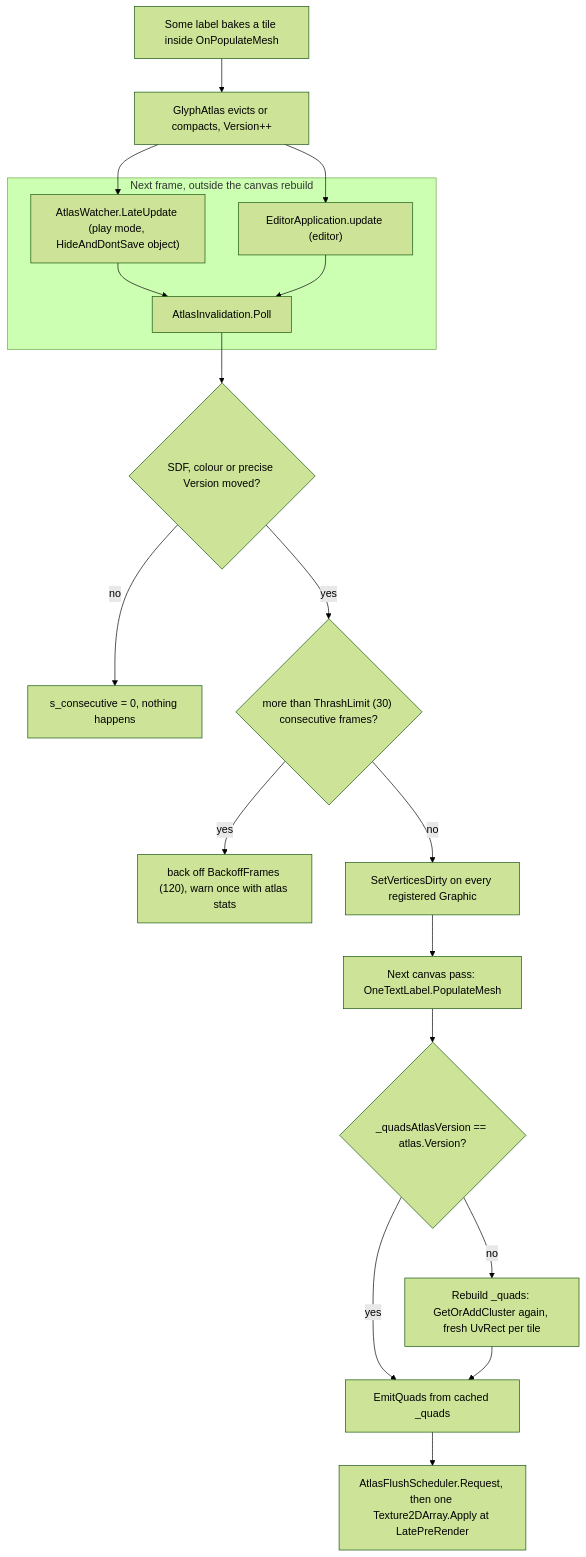
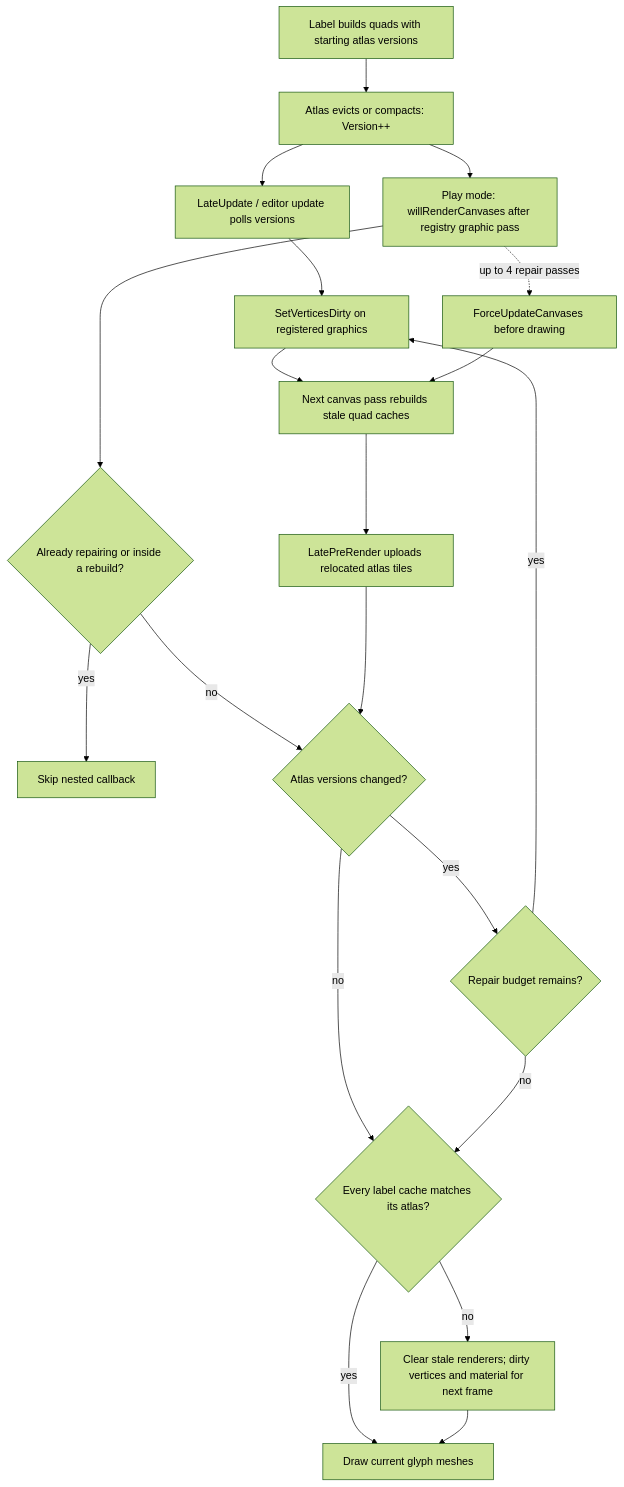
Before and after one commit to CodeOneLabs/OneText: the diagram in Documentation~/Runtime/UGUI/diagrams/atlas-invalidation.mmd, drawn with Mermaid (forest theme). The commit also changed 5 other files, not shown here.

Commit message:
Repair atlas UVs before canvas draw

```diff
--- a/Documentation~/Runtime/UGUI/diagrams/atlas-invalidation.mmd
+++ b/Documentation~/Runtime/UGUI/diagrams/atlas-invalidation.mmd
@@ -1,19 +1,20 @@
 flowchart TD
-    BAKE["Some label bakes a tile inside OnPopulateMesh"] --> EVICT["GlyphAtlas evicts or compacts, Version++"]
-    EVICT --> W1
-    EVICT --> W2
-    subgraph TICK["Next frame, outside the canvas rebuild"]
-        W1["AtlasWatcher.LateUpdate (play mode, HideAndDontSave object)"] --> POLL["AtlasInvalidation.Poll"]
-        W2["EditorApplication.update (editor)"] --> POLL
-    end
-    POLL --> CMP{"SDF, colour or precise Version moved?"}
-    CMP -- no --> RESET["s_consecutive = 0, nothing happens"]
-    CMP -- yes --> THRASH{"more than ThrashLimit (30) consecutive frames?"}
-    THRASH -- yes --> BACKOFF["back off BackoffFrames (120), warn once with atlas stats"]
-    THRASH -- no --> DIRTY["SetVerticesDirty on every registered Graphic"]
-    DIRTY --> NEXT["Next canvas pass: OneTextLabel.PopulateMesh"]
-    NEXT --> CHECK{"_quadsAtlasVersion == atlas.Version?"}
-    CHECK -- no --> REBUILD["Rebuild _quads: GetOrAddCluster again, fresh UvRect per tile"]
-    CHECK -- yes --> EMIT["EmitQuads from cached _quads"]
-    REBUILD --> EMIT
-    EMIT --> REQ["AtlasFlushScheduler.Request, then one Texture2DArray.Apply at LatePreRender"]
+    BAKE["Label builds quads with starting atlas versions"] --> MOVE["Atlas evicts or compacts: Version++"]
+    MOVE --> TICK["LateUpdate / editor update polls versions"]
+    MOVE --> POST["Play mode: willRenderCanvases after registry graphic pass"]
+    TICK --> DIRTY["SetVerticesDirty on registered graphics"]
+    POST --> GUARD{"Already repairing or inside a rebuild?"}
+    GUARD -- yes --> SKIP["Skip nested callback"]
+    GUARD -- no --> CMP{"Atlas versions changed?"}
+    CMP -- yes --> LIMIT{"Repair budget remains?"}
+    LIMIT -- yes --> DIRTY
+    DIRTY --> REBUILD["Next canvas pass rebuilds stale quad caches"]
+    POST -. "up to 4 repair passes" .-> FORCE["ForceUpdateCanvases before drawing"]
+    FORCE --> REBUILD
+    REBUILD --> FLUSH["LatePreRender uploads relocated atlas tiles"]
+    FLUSH --> CMP
+    CMP -- no --> VALID{"Every label cache matches its atlas?"}
+    LIMIT -- no --> VALID
+    VALID -- yes --> DRAW["Draw current glyph meshes"]
+    VALID -- no --> CLEAR["Clear stale renderers; dirty vertices and material for next frame"]
+    CLEAR --> DRAW
```
